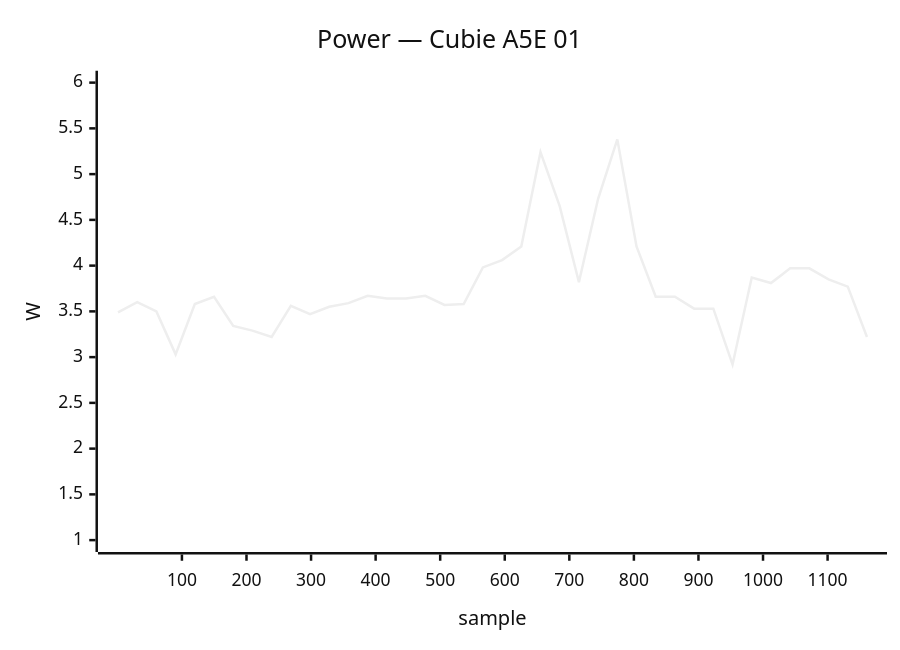
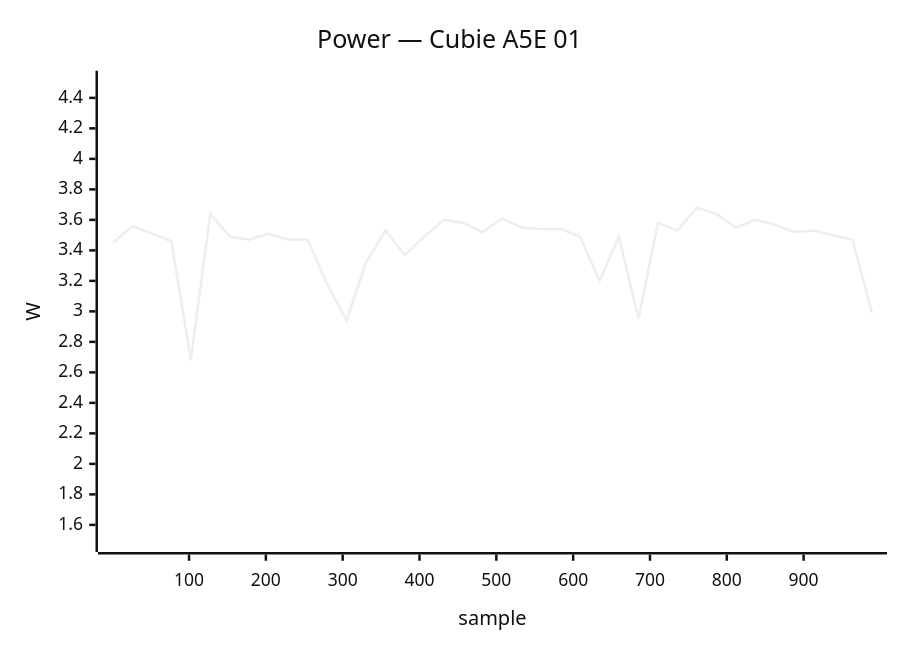
Before and after one commit to armbian/documentation: the first of 34 diagrams in docs/status/board-tests.md, drawn with Mermaid (neutral theme). The commit also changed other lines of this file, not shown here.

````diff
--- a/docs/status/board-tests.md
+++ b/docs/status/board-tests.md
@@ -68,7 +68,7 @@
 ```mermaid
 xychart-beta
     title "Power — Cubie A5E 01"
-    x-axis "sample" 1 --> 1161
-    y-axis "W" 1.0 --> 6.0
-    line [3.49, 3.60, 3.50, 3.03, 3.58, 3.66, 3.34, 3.29, 3.22, 3.56, 3.47, 3.55, 3.59, 3.67, 3.64, 3.64, 3.67, 3.57, 3.58, 3.98, 4.06, 4.21, 5.24, 4.65, 3.82, 4.73, 5.38, 4.21, 3.66, 3.66, 3.53, 3.53, 2.92, 3.87, 3.81, 3.97, 3.97, 3.85, 3.77, 3.22]
+    x-axis "sample" 1 --> 989
+    y-axis "W" 1.5 --> 4.5
+    line [3.45, 3.56, 3.51, 3.46, 2.68, 3.64, 3.49, 3.47, 3.51, 3.47, 3.47, 3.18, 2.94, 3.32, 3.53, 3.37, 3.49, 3.60, 3.58, 3.52, 3.61, 3.55, 3.54, 3.54, 3.49, 3.20, 3.49, 2.95, 3.58, 3.53, 3.68, 3.64, 3.55, 3.60, 3.57, 3.52, 3.53, 3.50, 3.47, 2.99]
 ```
````
